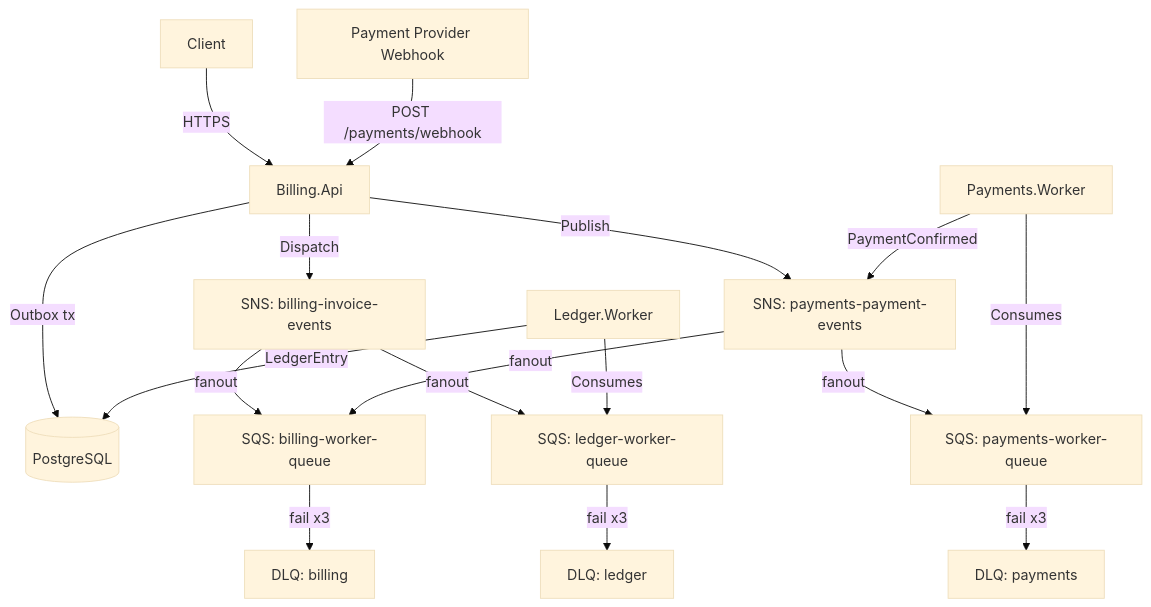
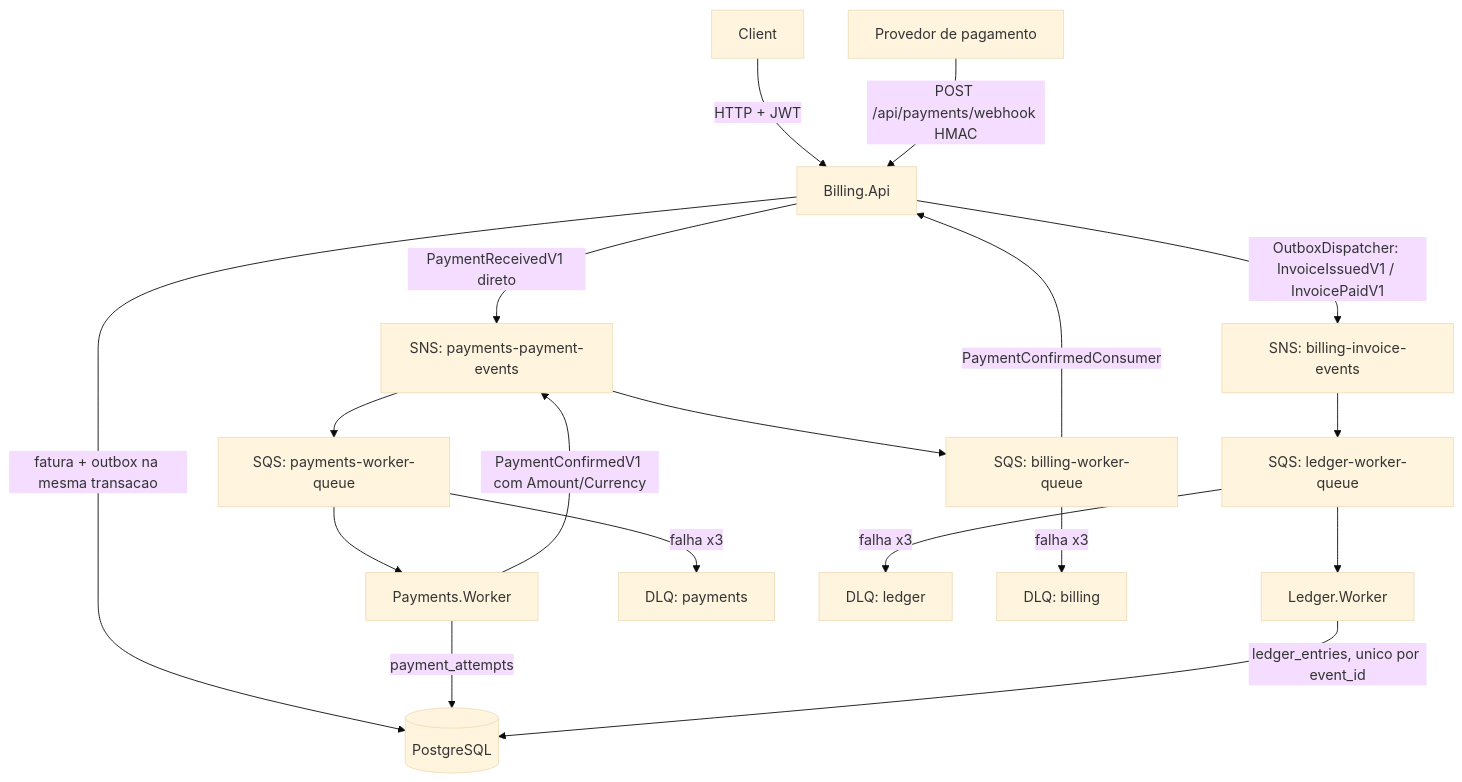
The diagram in README.md (Lucasantunesribeiro/billing_ledger), drawn with Mermaid (base theme) before and after one commit. The commit also changed other lines of this file, not shown here.

First line of the commit message:
docs(readme): regras de dinheiro, arquitetura real, compose com profile app e limitacoes

````diff
--- a/README.md
+++ b/README.md
@@ -11,24 +11,23 @@
 ```mermaid
 graph TD
-    Client -->|HTTPS| API[Billing.Api]
-    API -->|Outbox tx| PG[(PostgreSQL)]
-    API -->|Dispatch| SNS[SNS: billing-invoice-events]
+    Client -->|HTTP + JWT| API[Billing.Api]
+    EXT[Provedor de pagamento] -->|POST /api/payments/webhook HMAC| API
+    API -->|fatura + outbox na mesma transacao| PG[(PostgreSQL)]
+    API -->|OutboxDispatcher: InvoiceIssuedV1 / InvoicePaidV1| SNS_INV[SNS: billing-invoice-events]
+    API -->|PaymentReceivedV1 direto| SNS_PAY[SNS: payments-payment-events]
 
-    SNS -->|fanout| SQS_BW[SQS: billing-worker-queue]
-    SNS -->|fanout| SQS_LW[SQS: ledger-worker-queue]
+    SNS_PAY --> SQS_PW[SQS: payments-worker-queue]
+    SQS_PW --> PW[Payments.Worker]
+    PW -->|payment_attempts| PG
+    PW -->|PaymentConfirmedV1 com Amount/Currency| SNS_PAY
+    SNS_PAY --> SQS_BW[SQS: billing-worker-queue]
+    SQS_BW -->|PaymentConfirmedConsumer| API
 
-    EXT[Payment Provider Webhook] -->|POST /payments/webhook| API
-    API -->|Publish| SNS_PAY[SNS: payments-payment-events]
-    SNS_PAY -->|fanout| SQS_PW[SQS: payments-worker-queue]
-    SNS_PAY -->|fanout| SQS_BW
+    SNS_INV --> SQS_LW[SQS: ledger-worker-queue]
+    SQS_LW --> LW[Ledger.Worker]
+    LW -->|ledger_entries, unico por event_id| PG
 
-    PW[Payments.Worker] -->|Consumes| SQS_PW
-    PW -->|PaymentConfirmed| SNS_PAY
-
-    LW[Ledger.Worker] -->|Consumes| SQS_LW
-    LW -->|LedgerEntry| PG
-
-    SQS_PW -->|fail x3| DLQ_PW[DLQ: payments]
-    SQS_LW -->|fail x3| DLQ_LW[DLQ: ledger]
-    SQS_BW -->|fail x3| DLQ_BW[DLQ: billing]
+    SQS_PW -->|falha x3| DLQ_PW[DLQ: payments]
+    SQS_LW -->|falha x3| DLQ_LW[DLQ: ledger]
+    SQS_BW -->|falha x3| DLQ_BW[DLQ: billing]
 ```
````
